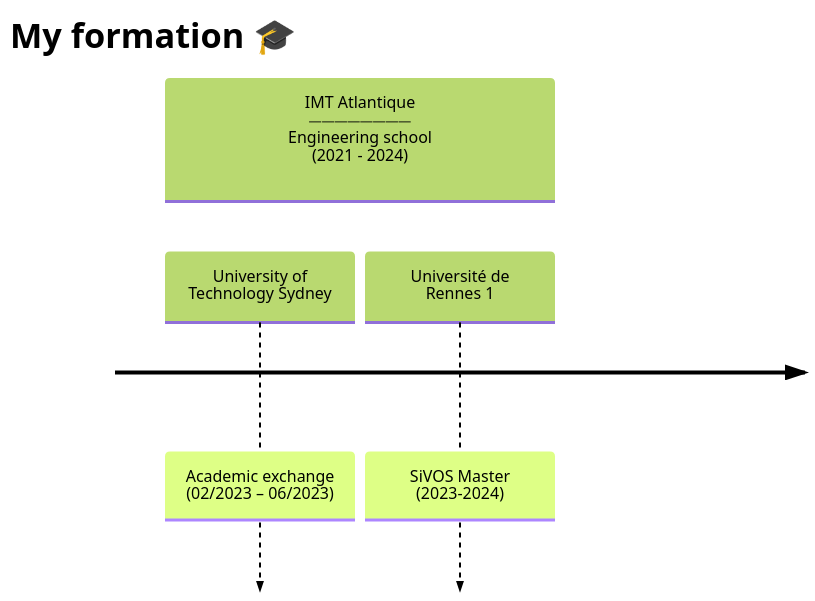
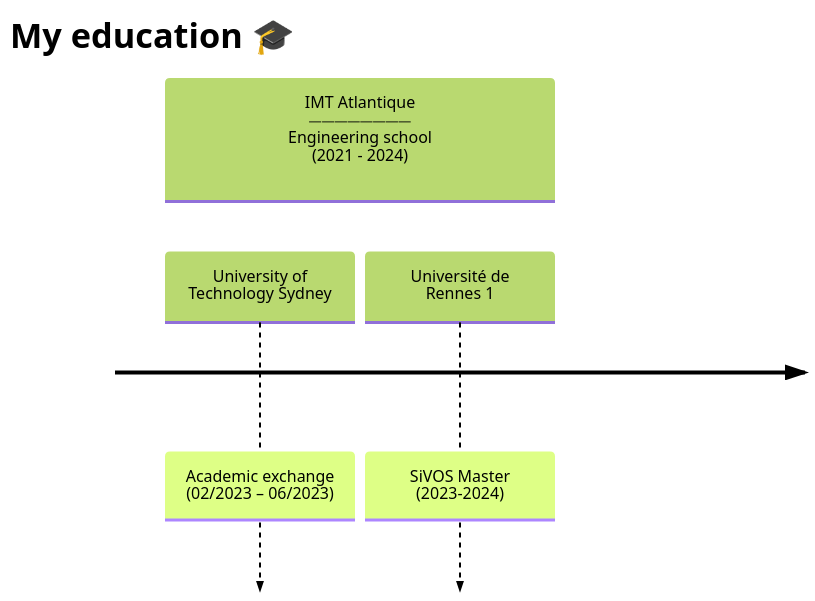
One commit to jonathanlys01/jonathanlys01 changed the diagram in README.md. Above: the diagram before and after it, drawn with Mermaid (forest theme).

````diff
--- a/README.md
+++ b/README.md
@@ -35,7 +35,7 @@
 ```mermaid
     timeline
-      title My formation 🎓
+      title My education 🎓
         section IMT Atlantique <br> ⏤⏤⏤⏤⏤⏤⏤⏤ <br> Engineering school <br> (2021 - 2024)
           University of Technology Sydney : Academic exchange <br> (02/2023 – 06/2023)
           Université de Rennes 1 : SiVOS Master <br> (2023-2024)
 ```
````
